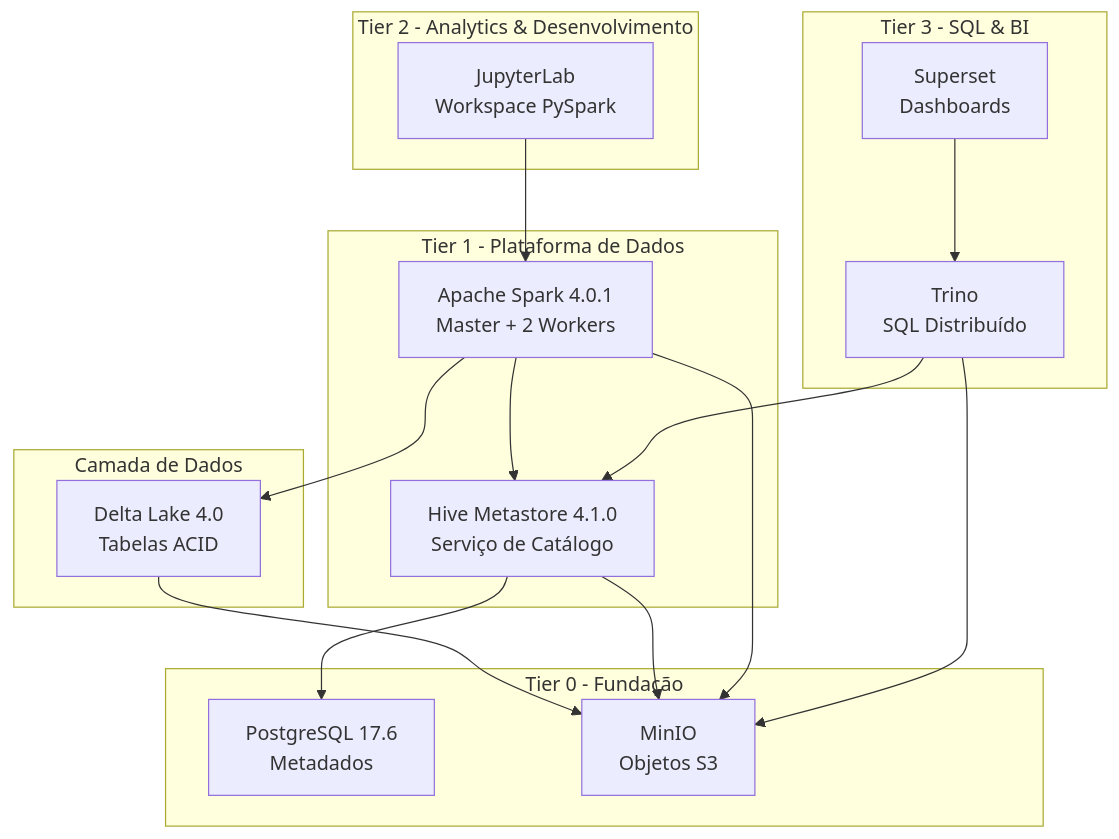
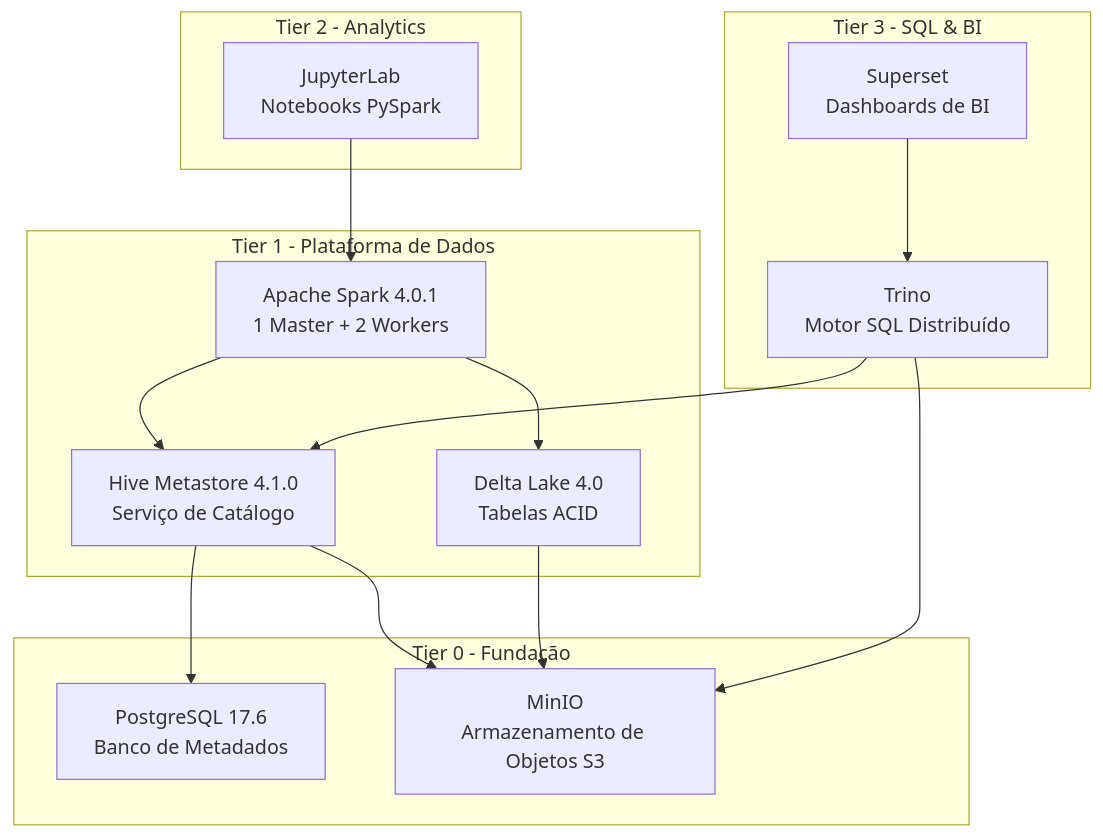
One commit to P-Bao/FlumenData changed the diagram in README_PT.md. Above: the diagram before and after it, drawn with Mermaid. The commit also changed other lines of this file and 2 other files, not shown here.

````diff
--- a/README_PT.md
+++ b/README_PT.md
@@ -44,36 +59,32 @@
 ```mermaid
 graph TB
+    subgraph "Tier 3 - SQL & BI"
+        TRINO[Trino<br/>Motor SQL Distribuído]
+        SUPERSET[Superset<br/>Dashboards de BI]
+    end
+
+    subgraph "Tier 2 - Analytics"
+        JUPYTER[JupyterLab<br/>Notebooks PySpark]
+    end
+
     subgraph "Tier 1 - Plataforma de Dados"
-        SPARK[Apache Spark 4.0.1<br/>Master + 2 Workers]
+        SPARK[Apache Spark 4.0.1<br/>1 Master + 2 Workers]
         HIVE[Hive Metastore 4.1.0<br/>Serviço de Catálogo]
+        DELTA[Delta Lake 4.0<br/>Tabelas ACID]
     end
 
     subgraph "Tier 0 - Fundação"
-        POSTGRES[PostgreSQL 17.6<br/>Metadados]
-        MINIO[MinIO<br/>Objetos S3]
+        POSTGRES[PostgreSQL 17.6<br/>Banco de Metadados]
+        MINIO[MinIO<br/>Armazenamento de Objetos S3]
     end
 
-    subgraph "Camada de Dados"
-        DELTA[Delta Lake 4.0<br/>Tabelas ACID]
-    end
-
-    subgraph "Tier 2 - Analytics & Desenvolvimento"
-        JUPYTER[JupyterLab<br/>Workspace PySpark]
-    end
-
-    subgraph "Tier 3 - SQL & BI"
-        TRINO[Trino<br/>SQL Distribuído]
-        SUPERSET[Superset<br/>Dashboards]
-    end
-
+    SUPERSET --> TRINO
+    TRINO --> HIVE
+    TRINO --> MINIO
+    JUPYTER --> SPARK
     SPARK --> HIVE
     SPARK --> DELTA
     DELTA --> MINIO
     HIVE --> POSTGRES
     HIVE --> MINIO
-    SPARK --> MINIO
-    JUPYTER --> SPARK
-    TRINO --> HIVE
-    TRINO --> MINIO
-    SUPERSET --> TRINO
 ```
````
